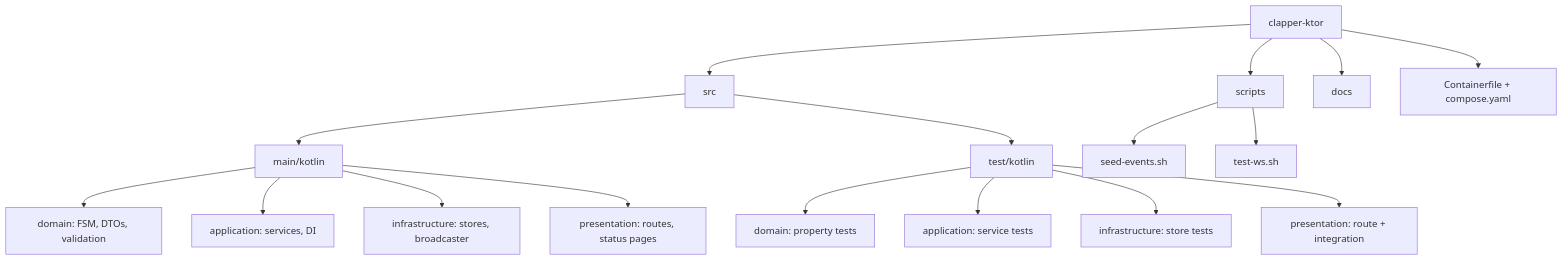
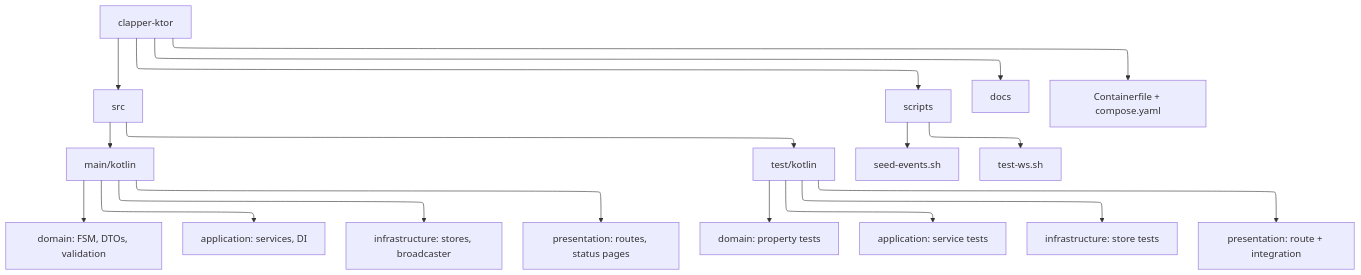
Before and after one commit to Evo-Eclipse/clapper-ktor: the third of 6 diagrams in README.md, drawn with Mermaid. The commit also changed other lines of this file, not shown here.

Commit message:
docs: fix Mermaid diagrams, add ELK layout

````diff
--- a/README.md
+++ b/README.md
@@ -83,24 +84,25 @@
 ```mermaid
+%%{init: {"layout": "elk"}}%%
 flowchart TD
-    root[clapper-ktor]
-    root --> src[src]
-    root --> scripts[scripts]
-    root --> docs[docs]
-    root --> conf[Containerfile + compose.yaml]
+    root["clapper-ktor"]
+    root --> src["src"]
+    root --> scripts["scripts"]
+    root --> docs["docs"]
+    root --> conf["Containerfile + compose.yaml"]
 
-    src --> main[main/kotlin]
-    src --> test[test/kotlin]
+    src --> main["main/kotlin"]
+    src --> test["test/kotlin"]
 
-    main --> domain[domain: FSM, DTOs, validation]
-    main --> app[application: services, DI]
-    main --> infra[infrastructure: stores, broadcaster]
-    main --> pres[presentation: routes, status pages]
+    main --> domain["domain: FSM, DTOs, validation"]
+    main --> app["application: services, DI"]
+    main --> infra["infrastructure: stores, broadcaster"]
+    main --> pres["presentation: routes, status pages"]
 
-    test --> tdomain[domain: property tests]
-    test --> tapp[application: service tests]
-    test --> tinfra[infrastructure: store tests]
-    test --> tpres[presentation: route + integration]
+    test --> tdomain["domain: property tests"]
+    test --> tapp["application: service tests"]
+    test --> tinfra["infrastructure: store tests"]
+    test --> tpres["presentation: route + integration"]
 
-    scripts --> seed[seed-events.sh]
-    scripts --> tws[test-ws.sh]
+    scripts --> seed["seed-events.sh"]
+    scripts --> tws["test-ws.sh"]
 ```
````
